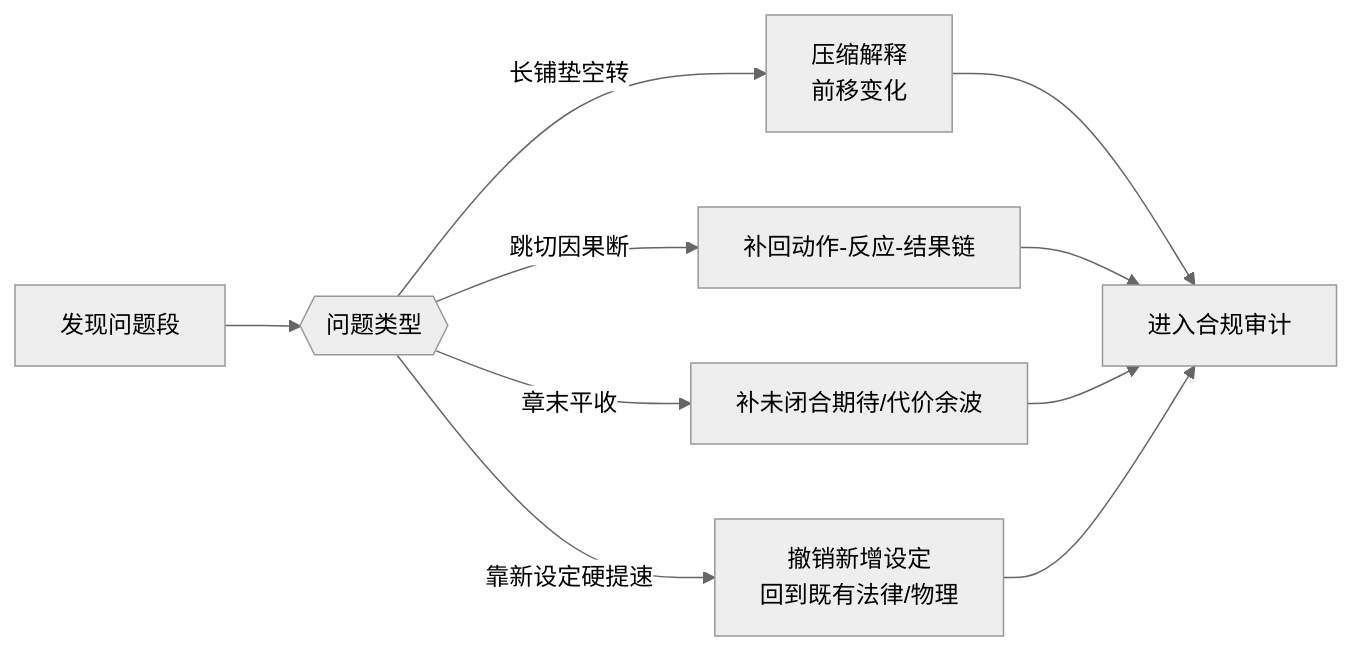
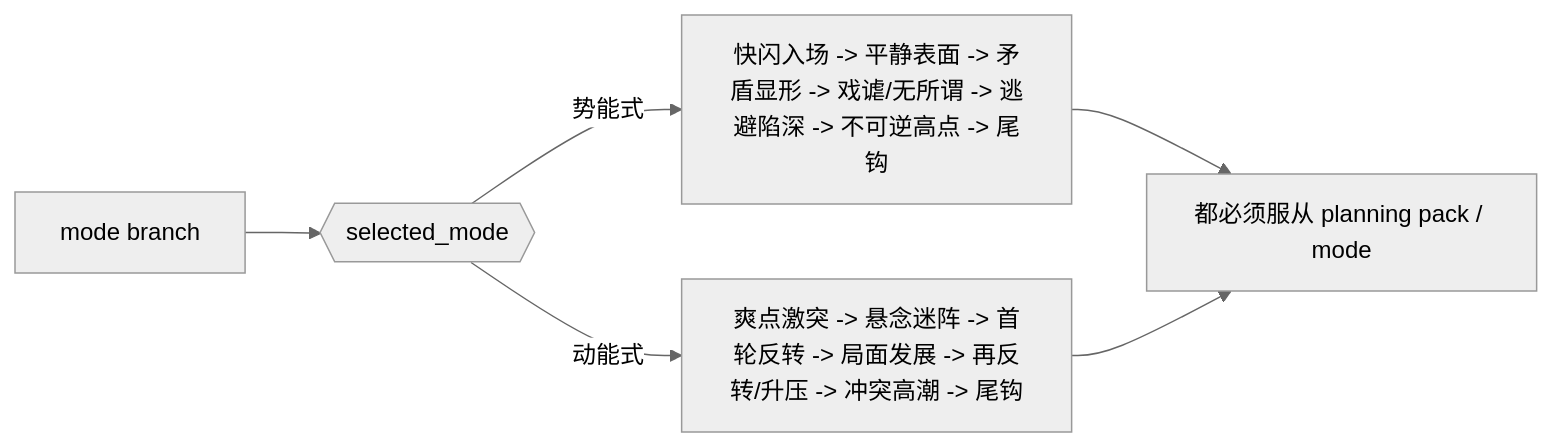
The third of 4 diagrams in .agents/skills/story/3-Drafting/2-节奏优化/SKILL.md (ZEN-VOID/AI-CUT), drawn with Mermaid (neutral theme) before and after one commit. The commit also changed other lines of this file and 184 other files, not shown here.

````diff
--- a/.agents/skills/story/3-Drafting/2-节奏优化/SKILL.md
+++ b/.agents/skills/story/3-Drafting/2-节奏优化/SKILL.md
@@ -173,12 +195,8 @@
 ```mermaid
 flowchart LR
-    A["发现问题段"] --> B{{"问题类型"}}
-    B -->|"长铺垫空转"| C["压缩解释\n前移变化"]
-    B -->|"跳切因果断"| D["补回动作-反应-结果链"]
-    B -->|"章末平收"| E["补未闭合期待/代价余波"]
-    B -->|"靠新设定硬提速"| F["撤销新增设定\n回到既有法律/物理"]
-    C --> G["进入合规审计"]
-    D --> G
-    E --> G
-    F --> G
+    A["mode branch"] --> B{{"selected_mode"}}
+    B -->|"势能式"| C["快闪入场 -> 平静表面 -> 矛盾显形 -> 戏谑/无所谓 -> 逃避陷深 -> 不可逆高点 -> 尾钩"]
+    B -->|"动能式"| D["爽点激突 -> 悬念迷阵 -> 首轮反转 -> 局面发展 -> 再反转/升压 -> 冲突高潮 -> 尾钩"]
+    C --> E["都必须服从 planning pack / mode"]
+    D --> E
 ```
````
